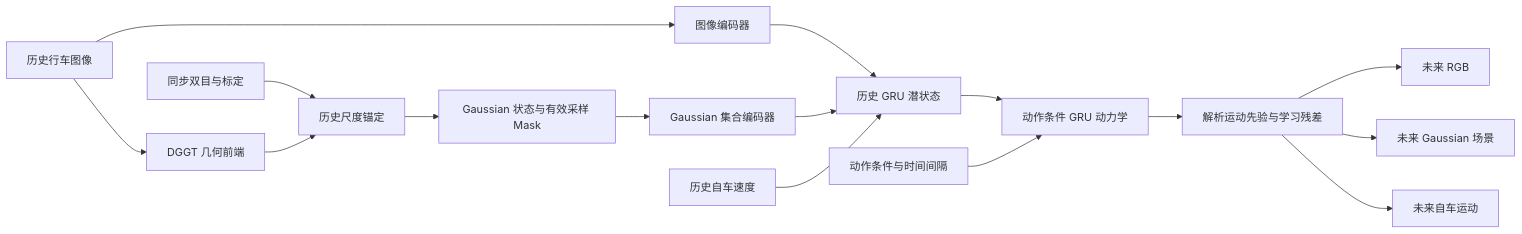
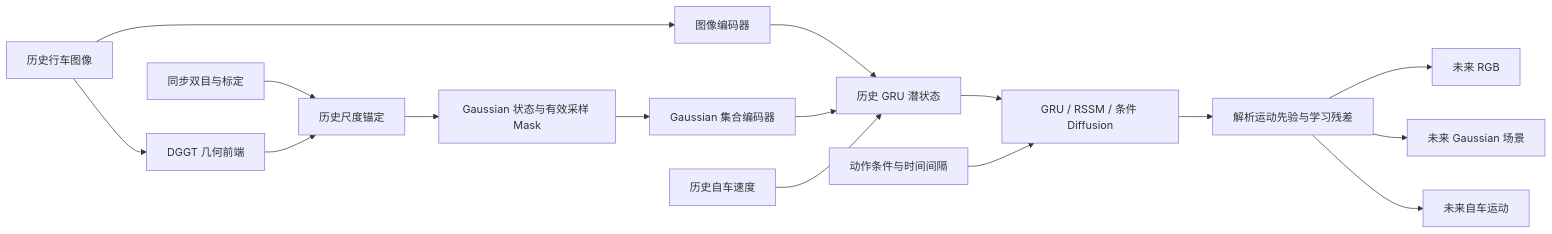
One commit to Quan2630345594/DriveGaussianWorld changed the diagram in README.md. Above: the diagram before and after it, drawn with Mermaid. The commit also changed other lines of this file and 26 other files, not shown here.

Commit message:
Add GRU, RSSM and latent diffusion world model frameworks

````diff
--- a/README.md
+++ b/README.md
@@ -30,18 +30,18 @@
 ```mermaid
 flowchart LR
     A[历史行车图像] --> B[DGGT 几何前端]
     S[同步双目与标定] --> M[历史尺度锚定]
     B --> M
     M --> G[Gaussian 状态与有效采样 Mask]
     A --> E[图像编码器]
     G --> Q[Gaussian 集合编码器]
     E --> H[历史 GRU 潜状态]
     Q --> H
     V[历史自车速度] --> H
-    H --> D[动作条件 GRU 动力学]
+    H --> D[GRU / RSSM / 条件 Diffusion]
     U[动作条件与时间间隔] --> D
     D --> P[解析运动先验与学习残差]
     P --> I[未来 RGB]
     P --> F[未来 Gaussian 场景]
     P --> T[未来自车运动]
 ```
````
